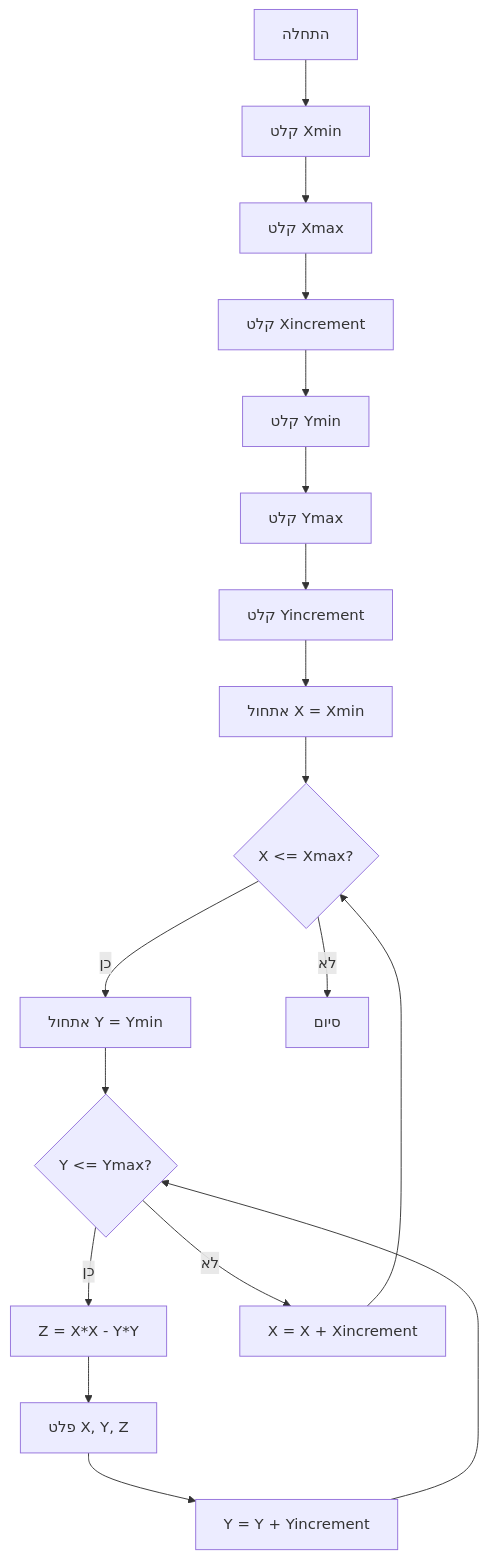
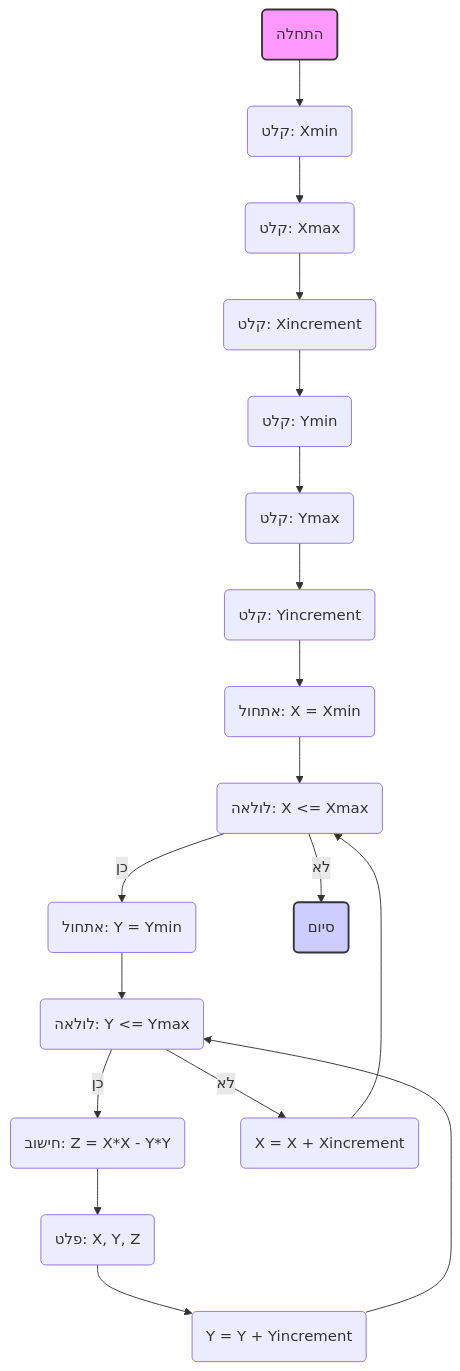
The diagram in docs/gemini/he/explainer/src/endpoints/ai_games/101_basic_computer_games/ru/GAMES/3D PLOT/3d_plot.py.md (hypo69/hypo), drawn with Mermaid before and after one commit. The commit also changed other lines of this file and 885 other files, not shown here.

````diff
--- a/docs/gemini/he/explainer/src/endpoints/ai_games/101_basic_computer_games/ru/GAMES/3D PLOT/3d_plot.py.md
+++ b/docs/gemini/he/explainer/src/endpoints/ai_games/101_basic_computer_games/ru/GAMES/3D PLOT/3d_plot.py.md
@@ -52,22 +33,23 @@
 ```mermaid
 flowchart TD
-    Start["התחלה"] --> InputXMin["קלט Xmin"]
-    InputXMin --> InputXMax["קלט Xmax"]
-    InputXMax --> InputXIncrement["קלט Xincrement"]
-    InputXIncrement --> InputYMin["קלט Ymin"]
-    InputYMin --> InputYMax["קלט Ymax"]
-    InputYMax --> InputYIncrement["קלט Yincrement"]
-    InputYIncrement --> InitX["אתחול X = Xmin"]
-    InitX --> LoopXStart{"X <= Xmax?"}
-    LoopXStart -- "כן" --> InitY["אתחול Y = Ymin"]
-    LoopXStart -- "לא" --> End["סיום"]
-    InitY --> LoopYStart{"Y <= Ymax?"}
-    LoopYStart -- "כן" --> CalculateZ["Z = X*X - Y*Y"]
-    LoopYStart -- "לא" --> UpdateX["X = X + Xincrement"]
-    CalculateZ --> OutputXYZ["פלט X, Y, Z"]
-    OutputXYZ --> UpdateY["Y = Y + Yincrement"]
-    UpdateY --> LoopYStart
-    UpdateX --> LoopXStart
+    Start("התחלה") --> InputXMin("קלט: Xmin")
+    InputXMin --> InputXMax("קלט: Xmax")
+    InputXMax --> InputXIncrement("קלט: Xincrement")
+    InputXIncrement --> InputYMin("קלט: Ymin")
+    InputYMin --> InputYMax("קלט: Ymax")
+    InputYMax --> InputYIncrement("קלט: Yincrement")
+    InputYIncrement --> InitializeX("אתחול: X = Xmin")
+    InitializeX --> LoopXStart("לולאה: X <= Xmax")
+    LoopXStart -- "כן" --> InitializeY("אתחול: Y = Ymin")
+    LoopXStart -- "לא" --> End("סיום")
+    InitializeY --> LoopYStart("לולאה: Y <= Ymax")
+    LoopYStart -- "כן" --> CalculateZ("חישוב: Z = X*X - Y*Y")
+    LoopYStart -- "לא" --> IncrementX("X = X + Xincrement")
+    CalculateZ --> OutputXYZ("פלט: X, Y, Z")
+    OutputXYZ --> IncrementY("Y = Y + Yincrement")
+    IncrementY --> LoopYStart
+    IncrementX --> LoopXStart
     
-    
+    style Start fill:#f9f,stroke:#333,stroke-width:2px
+    style End fill:#ccf,stroke:#333,stroke-width:2px
 ```
````
